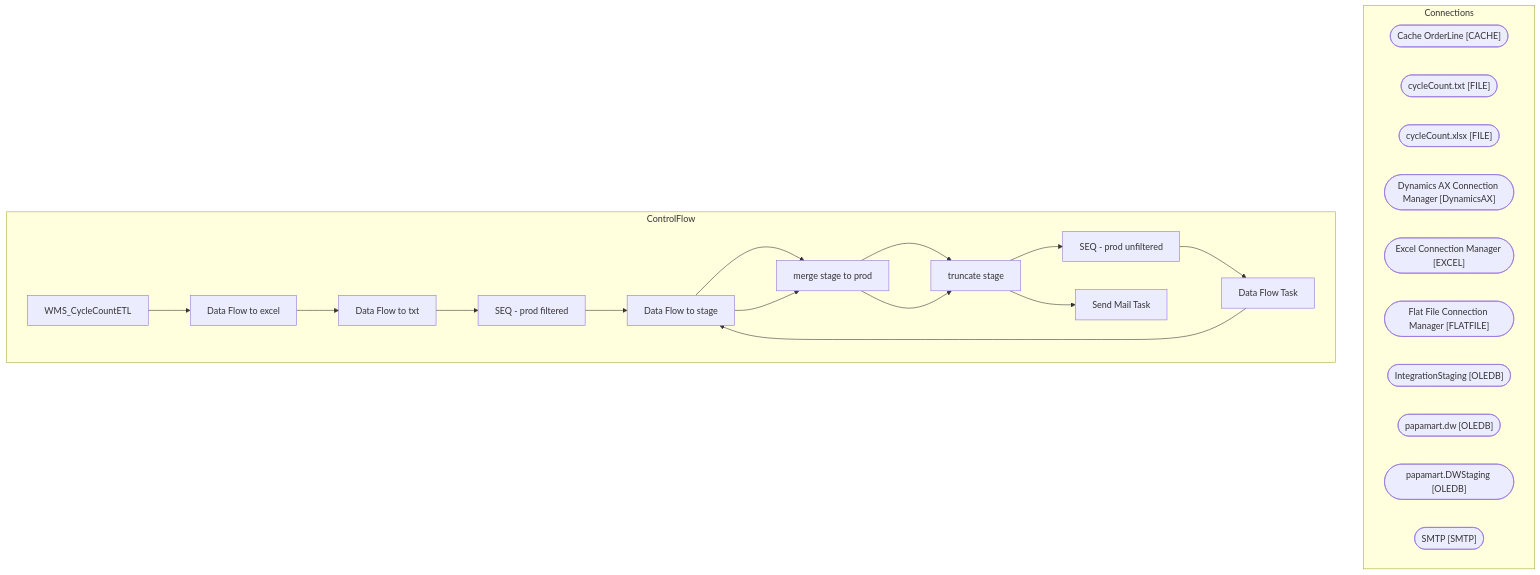
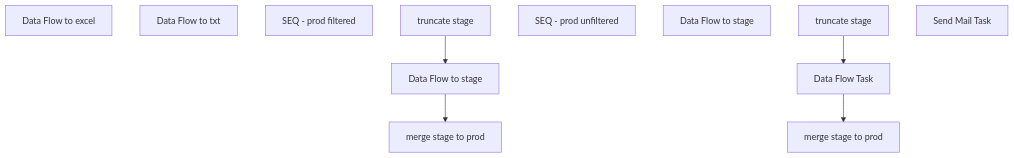
One commit to juanandresbrain/BABSkills changed the diagram in bab-docs-explorer/Documentation/STL-SSIS-P-01/SSIS/WMS/WMS_CycleCountETL.WMS_CycleCountETL.md. Above: the diagram before and after it, drawn with Mermaid. The commit also changed other lines of this file and 273 other files, not shown here.

````diff
--- a/bab-docs-explorer/Documentation/STL-SSIS-P-01/SSIS/WMS/WMS_CycleCountETL.WMS_CycleCountETL.md
+++ b/bab-docs-explorer/Documentation/STL-SSIS-P-01/SSIS/WMS/WMS_CycleCountETL.WMS_CycleCountETL.md
@@ -9,42 +59,19 @@
 ```mermaid
 flowchart TD
-    subgraph Connections
-        Cache_OrderLine_conn(["Cache OrderLine [CACHE]"])
-        cycleCount_txt_conn(["cycleCount.txt [FILE]"])
-        cycleCount_xlsx_conn(["cycleCount.xlsx [FILE]"])
-        Dynamics_AX_Connection_Manager_conn(["Dynamics AX Connection Manager [DynamicsAX]"])
-        Excel_Connection_Manager_conn(["Excel Connection Manager [EXCEL]"])
-        Flat_File_Connection_Manager_conn(["Flat File Connection Manager [FLATFILE]"])
-        IntegrationStaging_conn(["IntegrationStaging [OLEDB]"])
-        papamart_dw_conn(["papamart.dw [OLEDB]"])
-        papamart_DWStaging_conn(["papamart.DWStaging [OLEDB]"])
-        SMTP_conn(["SMTP [SMTP]"])
-    end
-    subgraph ControlFlow
-        WMS_CycleCountETL_task["WMS_CycleCountETL"]
-        Data_Flow_to_excel_task["Data Flow to excel"]
-        WMS_CycleCountETL_task --> Data_Flow_to_excel_task
-        Data_Flow_to_txt_task["Data Flow to txt"]
-        Data_Flow_to_excel_task --> Data_Flow_to_txt_task
-        SEQ___prod_filtered_task["SEQ - prod filtered"]
-        Data_Flow_to_txt_task --> SEQ___prod_filtered_task
-        Data_Flow_to_stage_task["Data Flow to stage"]
-        SEQ___prod_filtered_task --> Data_Flow_to_stage_task
-        merge_stage_to_prod_task["merge stage to prod"]
-        Data_Flow_to_stage_task --> merge_stage_to_prod_task
-        truncate_stage_task["truncate stage"]
-        merge_stage_to_prod_task --> truncate_stage_task
-        SEQ___prod_unfiltered_task["SEQ - prod unfiltered"]
-        truncate_stage_task --> SEQ___prod_unfiltered_task
-        Data_Flow_Task_task["Data Flow Task"]
-        SEQ___prod_unfiltered_task --> Data_Flow_Task_task
-        Data_Flow_to_stage_task["Data Flow to stage"]
-        Data_Flow_Task_task --> Data_Flow_to_stage_task
-        merge_stage_to_prod_task["merge stage to prod"]
-        Data_Flow_to_stage_task --> merge_stage_to_prod_task
-        truncate_stage_task["truncate stage"]
-        merge_stage_to_prod_task --> truncate_stage_task
-        Send_Mail_Task_task["Send Mail Task"]
-        truncate_stage_task --> Send_Mail_Task_task
-    end
+    n_Package_Data_Flow_to_excel["Data Flow to excel"]
+    n_Package_Data_Flow_to_txt["Data Flow to txt"]
+    n_Package_SEQ___prod_filtered["SEQ - prod filtered"]
+    n_Package_SEQ___prod_filtered_Data_Flow_to_stage["Data Flow to stage"]
+    n_Package_SEQ___prod_filtered_merge_stage_to_prod["merge stage to prod"]
+    n_Package_SEQ___prod_filtered_truncate_stage["truncate stage"]
+    n_Package_SEQ___prod_unfiltered["SEQ - prod unfiltered"]
+    n_Package_SEQ___prod_unfiltered_Data_Flow_Task["Data Flow Task"]
+    n_Package_SEQ___prod_unfiltered_Data_Flow_to_stage["Data Flow to stage"]
+    n_Package_SEQ___prod_unfiltered_merge_stage_to_prod["merge stage to prod"]
+    n_Package_SEQ___prod_unfiltered_truncate_stage["truncate stage"]
+    n_Package_EventHandlers_OnError__Send_Mail_Task["Send Mail Task"]
+    n_Package_SEQ___prod_filtered_truncate_stage --> n_Package_SEQ___prod_filtered_Data_Flow_to_stage
+    n_Package_SEQ___prod_filtered_Data_Flow_to_stage --> n_Package_SEQ___prod_filtered_merge_stage_to_prod
+    n_Package_SEQ___prod_unfiltered_truncate_stage --> n_Package_SEQ___prod_unfiltered_Data_Flow_Task
+    n_Package_SEQ___prod_unfiltered_Data_Flow_Task --> n_Package_SEQ___prod_unfiltered_merge_stage_to_prod
 ```
````
